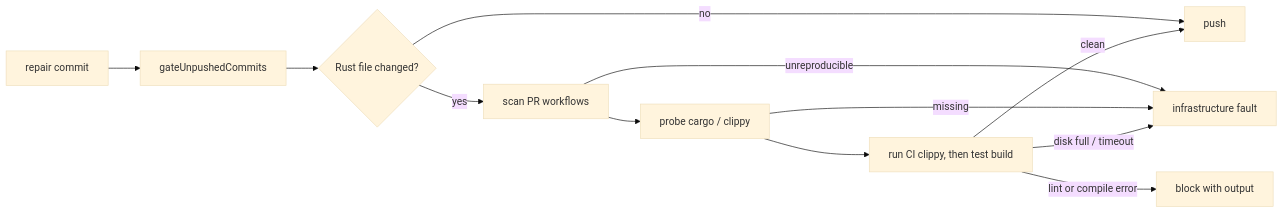
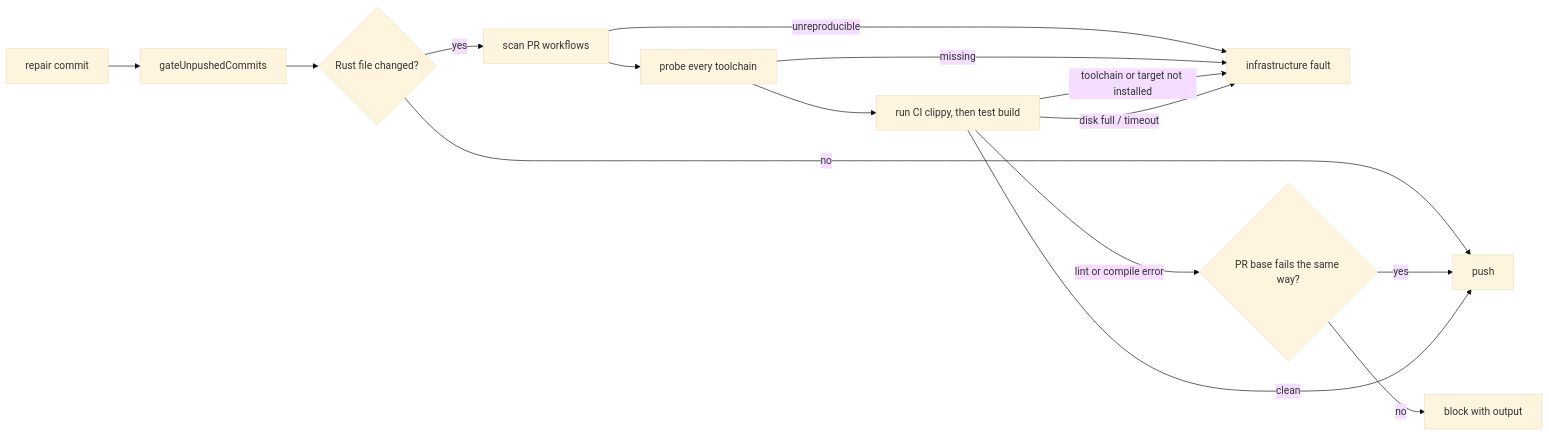
One commit to stSoftwareAU/VibeCoder changed the diagram in docs/archive/pr-summaries/pr-summary-4630.md. Above: the diagram before and after it, drawn with Mermaid (base theme). The commit also changed other lines of this file and 15 other files, not shown here.

First line of the commit message:
Review fixes for PR #4896: probe every toolchain, follow cd, nextest profiles, base failures, bounded releases (Issue #4630)

````diff
--- a/docs/archive/pr-summaries/pr-summary-4630.md
+++ b/docs/archive/pr-summaries/pr-summary-4630.md
@@ -52,14 +75,17 @@
 ```mermaid
 flowchart LR
     P[repair commit] --> G[gateUnpushedCommits]
     G --> R{Rust file changed?}
     R -- no --> OK[push]
     R -- yes --> S[scan PR workflows]
     S -- unreproducible --> I[infrastructure fault]
-    S --> T[probe cargo / clippy]
+    S --> T[probe every toolchain]
     T -- missing --> I
     T --> C[run CI clippy, then test build]
-    C -- lint or compile error --> B[block with output]
+    C -- lint or compile error --> D{PR base fails the same way?}
+    D -- yes --> OK
+    D -- no --> B[block with output]
+    C -- toolchain or target not installed --> I
     C -- disk full / timeout --> I
     C -- clean --> OK
 ```
````
